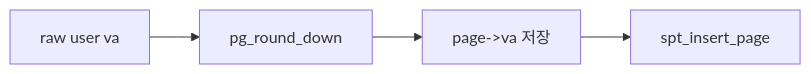
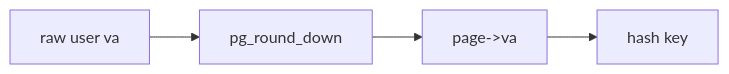
Before and after one commit to tail1887/PINTOS-VM: the second of 4 diagrams in pintos/doc/taejung_files/3. week3/study/3. test-notes/1. Memory Management/1. feature/02-feature-page-structure-and-hash-key.md, drawn with Mermaid. The commit also changed other lines of this file and 19 other files, not shown here.

````diff
--- a/pintos/doc/taejung_files/3. week3/study/3. test-notes/1. Memory Management/1. feature/02-feature-page-structure-and-hash-key.md
+++ b/pintos/doc/taejung_files/3. week3/study/3. test-notes/1. Memory Management/1. feature/02-feature-page-structure-and-hash-key.md
@@ -52,6 +47,6 @@
 ```mermaid
 flowchart LR
   RAW[raw user va] --> ROUND[pg_round_down]
-  ROUND --> STORE[page->va 저장]
-  STORE --> SPT[spt_insert_page]
+  ROUND --> STORE[page->va]
+  STORE --> HASH[hash key]
 ```
````
